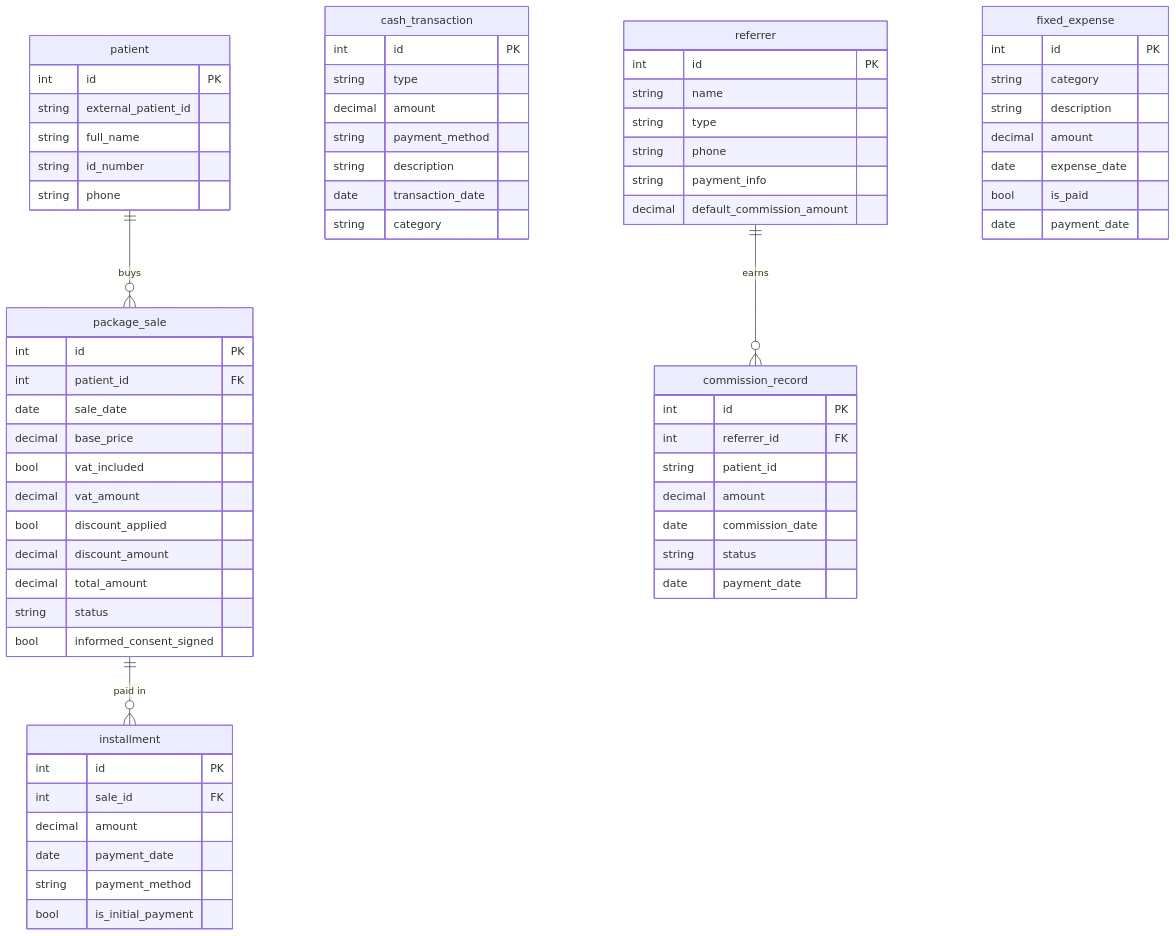
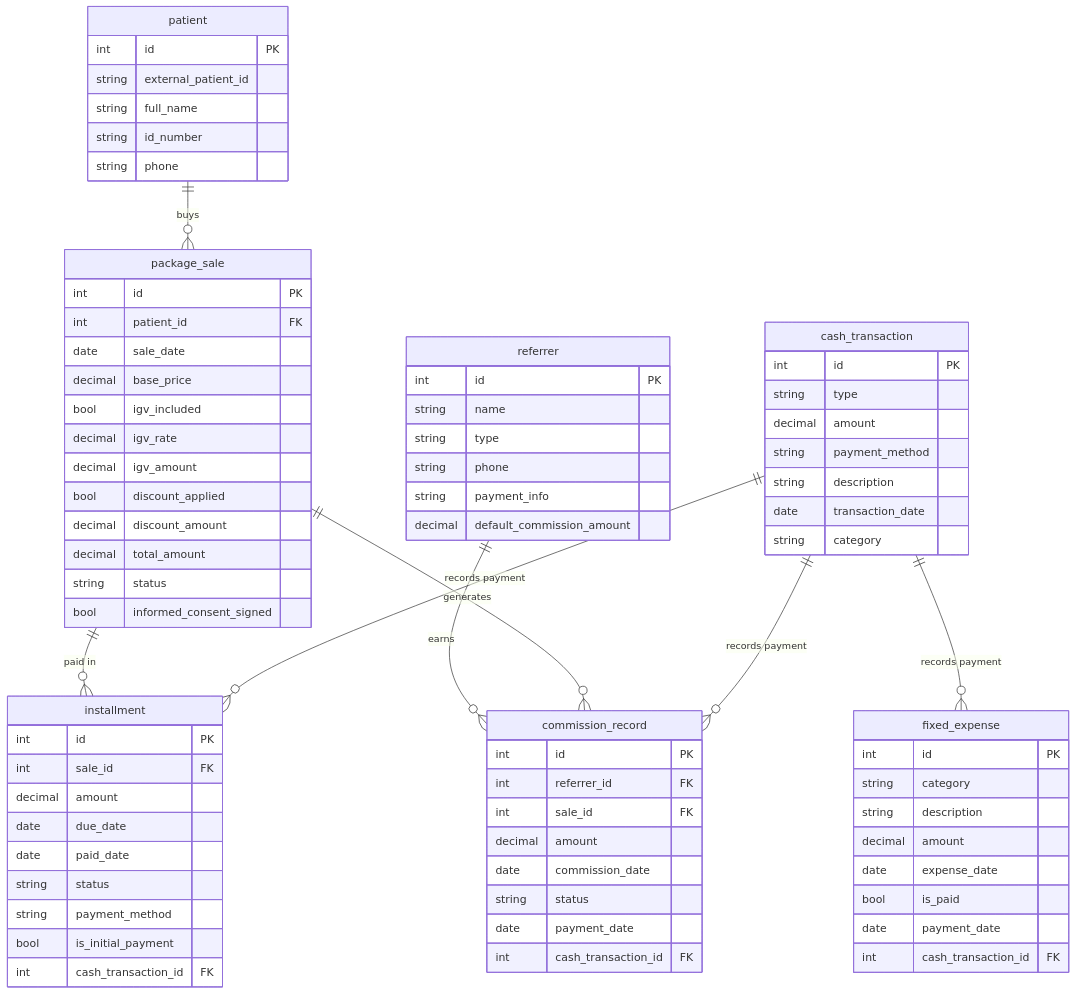
One commit to KODA-pe/architecture-docs changed the diagram in databases/payment-service-db.md. Above: the diagram before and after it, drawn with Mermaid. The commit also changed other lines of this file, not shown here.

Commit message:
docs: refactor payment service

````diff
--- a/databases/payment-service-db.md
+++ b/databases/payment-service-db.md
@@ -8,23 +9,14 @@
         string phone
     }
 
-    cash_transaction {
-        int id PK
-        string type
-        decimal amount
-        string payment_method
-        string description
-        date transaction_date
-        string category
-    }
-
     package_sale {
         int id PK
         int patient_id FK
         date sale_date
         decimal base_price
-        bool vat_included
-        decimal vat_amount
+        bool igv_included
+        decimal igv_rate
+        decimal igv_amount
         bool discount_applied
         decimal discount_amount
         decimal total_amount
@@ -36,9 +28,12 @@
         int id PK
         int sale_id FK
         decimal amount
-        date payment_date
+        date due_date
+        date paid_date
+        string status
         string payment_method
         bool is_initial_payment
+        int cash_transaction_id FK
     }
 
     referrer {
@@ -53,11 +48,22 @@
     commission_record {
         int id PK
         int referrer_id FK
-        string patient_id
+        int sale_id FK
         decimal amount
         date commission_date
         string status
         date payment_date
+        int cash_transaction_id FK
+    }
+
+    cash_transaction {
+        int id PK
+        string type
+        decimal amount
+        string payment_method
+        string description
+        date transaction_date
+        string category
     }
 
     fixed_expense {
@@ -68,10 +74,14 @@
         date expense_date
         bool is_paid
         date payment_date
+        int cash_transaction_id FK
     }
 
     patient ||--o{ package_sale : "buys"
     package_sale ||--o{ installment : "paid in"
     referrer ||--o{ commission_record : "earns"
-
+    package_sale ||--o{ commission_record : "generates"
+    cash_transaction ||--o{ installment : "records payment"
+    cash_transaction ||--o{ fixed_expense : "records payment"
+    cash_transaction ||--o{ commission_record : "records payment"
 ```
````
